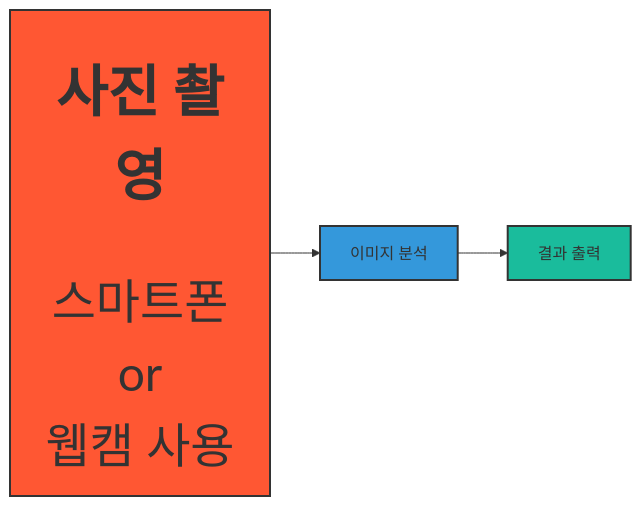
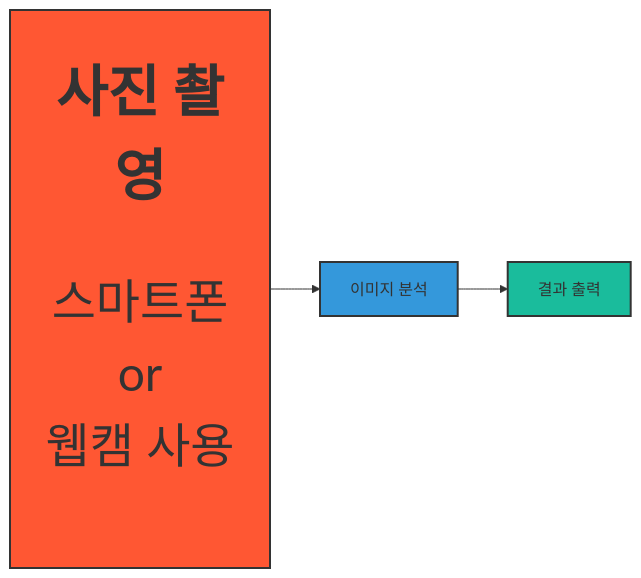
The diagram in Readme.md (201710808/-p), drawn with Mermaid before and after one commit.

````diff
--- a/Readme.md
+++ b/Readme.md
@@ -3,10 +3,10 @@
 ```mermaid
 graph LR
-A[<br><b><span style='font-size:56px'>사진 촬영</span></b>\n\n\n<span style='font-size:48px'>스마트폰\nor\n웹캠 사용<br>] --> B[이미지 분석]
+A[<br><b><span style='font-size:56px'>사진 촬영</span></b>\n\n\n<span style='font-size:48px'>스마트폰\nor\n웹캠 사용<br><br>] --> B[이미지 분석]
 B --> C[결과 출력]
 
 style A fill:#FF5733,stroke:#333,stroke-width:2px
 style B fill:#3498db,stroke:#333,stroke-width:2px
 style C fill:#1abc9c,stroke:#333,stroke-width:2px
 
 ```
````
